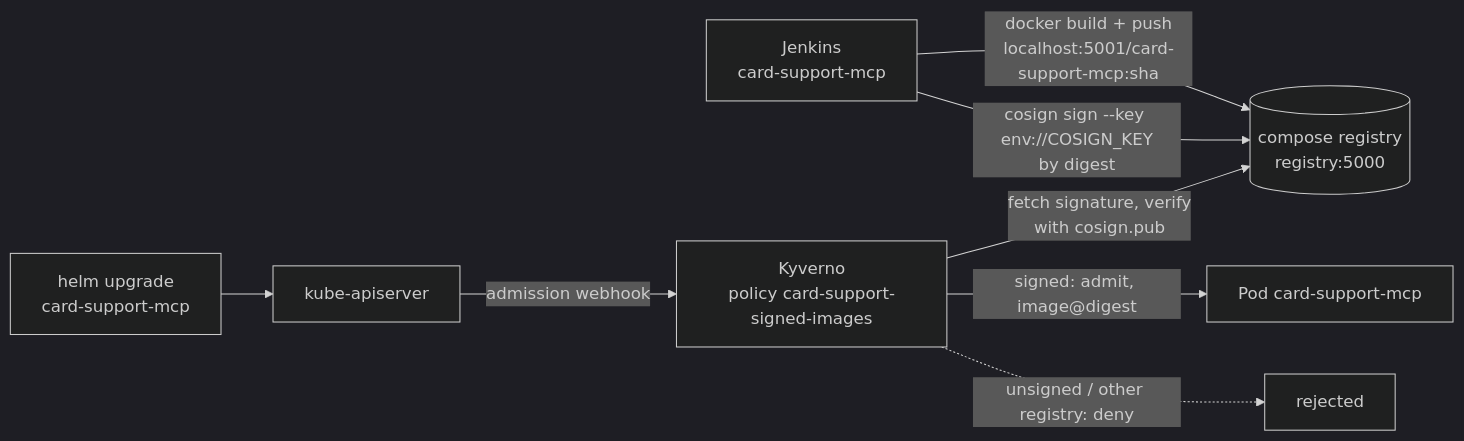
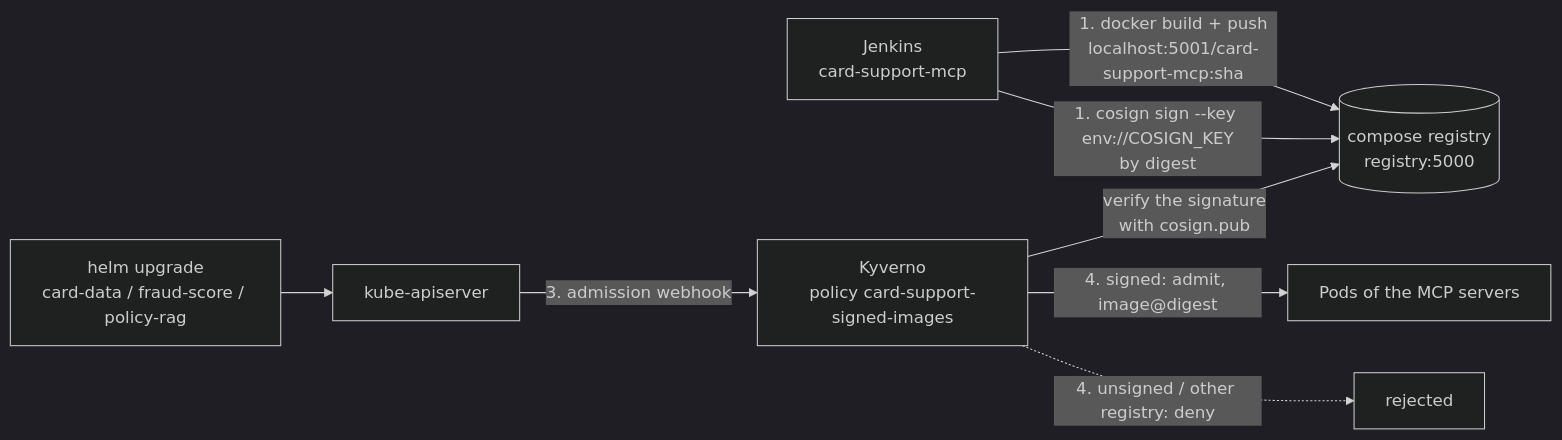
The diagram in docs/novel_supply_chain.md (cvinhnguyen/card-fraud-platform), drawn with Mermaid (dark theme) before and after one commit. The commit also changed other lines of this file and 53 other files, not shown here.

First line of the commit message:
Fix agent smoke checks and document the three MCP servers' evidence

````diff
--- a/docs/novel_supply_chain.md
+++ b/docs/novel_supply_chain.md
@@ -11,10 +11,10 @@
 ```mermaid
 flowchart LR
-    j["Jenkins<br/>card-support-mcp"] -->|"docker build + push<br/>localhost:5001/card-support-mcp:sha"| r[("compose registry<br/>registry:5000")]
-    j -->|"cosign sign --key env://COSIGN_KEY<br/>by digest"| r
-    h["helm upgrade<br/>card-support-mcp"] --> api["kube-apiserver"]
-    api -->|"admission webhook"| k["Kyverno<br/>policy card-support-signed-images"]
-    k -->|"fetch signature, verify<br/>with cosign.pub"| r
-    k -->|"signed: admit, image@digest"| p["Pod card-support-mcp"]
-    k -.->|"unsigned / other registry: deny"| x["rejected"]
+    j["Jenkins<br/>card-support-mcp"] -->|"1. docker build + push<br/>localhost:5001/card-support-mcp:sha"| r[("compose registry<br/>registry:5000")]
+    j -->|"1. cosign sign --key env://COSIGN_KEY<br/>by digest"| r
+    h["helm upgrade<br/>card-data / fraud-score / policy-rag"] --> api["kube-apiserver"]
+    api -->|"3. admission webhook"| k["Kyverno<br/>policy card-support-signed-images"]
+    k -->|"verify the signature<br/>with cosign.pub"| r
+    k -->|"4. signed: admit, image@digest"| p["Pods of the MCP servers"]
+    k -.->|"4. unsigned / other registry: deny"| x["rejected"]
 ```
````
